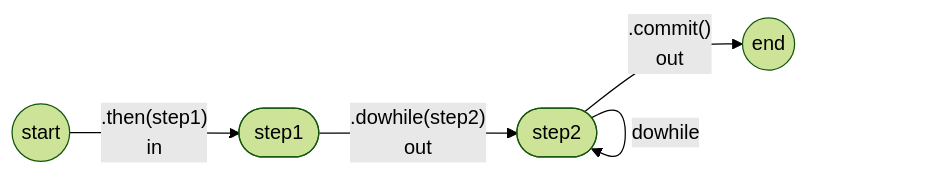
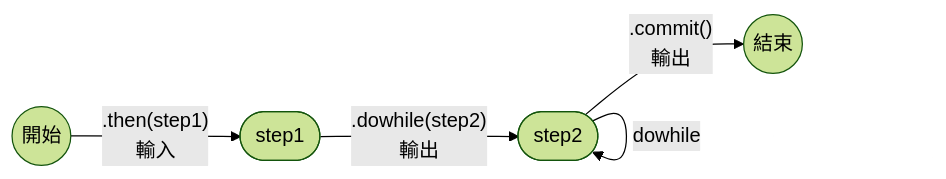
Before and after one commit to youngjunning/mastra.youngjunning.com: the sixth of 7 diagrams in i18n/zh-TW/docusaurus-plugin-content-docs/current/workflows/control-flow.mdx, drawn with Mermaid (forest theme). The commit also changed other lines of this file and 3073 other files, not shown here.

````diff
--- a/i18n/zh-TW/docusaurus-plugin-content-docs/current/workflows/control-flow.mdx
+++ b/i18n/zh-TW/docusaurus-plugin-content-docs/current/workflows/control-flow.mdx
@@ -597,11 +597,11 @@
 ```mermaid
 flowchart LR
-  accTitle: Repeat a workflow step with dowhile
-  accDescr: The workflow runs step1, then repeats step2 while its condition remains true before continuing to the end.
-  start(( start )) -->|".then(step1)"<br/>in| step1([step1])
-  step1 -->|".dowhile(step2)"<br/>out| step2([step2])
-  step2 -->|".commit()"<br/>out| endNode(( end ))
+  accTitle: 使用 dowhile 重複執行 Workflow 步驟
+  accDescr: Workflow 先執行 step1，再於條件成立期間重複執行 step2，然後結束。
+  start(( 開始 )) -->|".then(step1)"<br/>輸入| step1([step1])
+  step1 -->|".dowhile(step2)"<br/>輸出| step2([step2])
+  step2 -->|".commit()"<br/>輸出| endNode(( 結束 ))
   step2 -- dowhile --> step2
 
   class endNode accent
 ```
````
